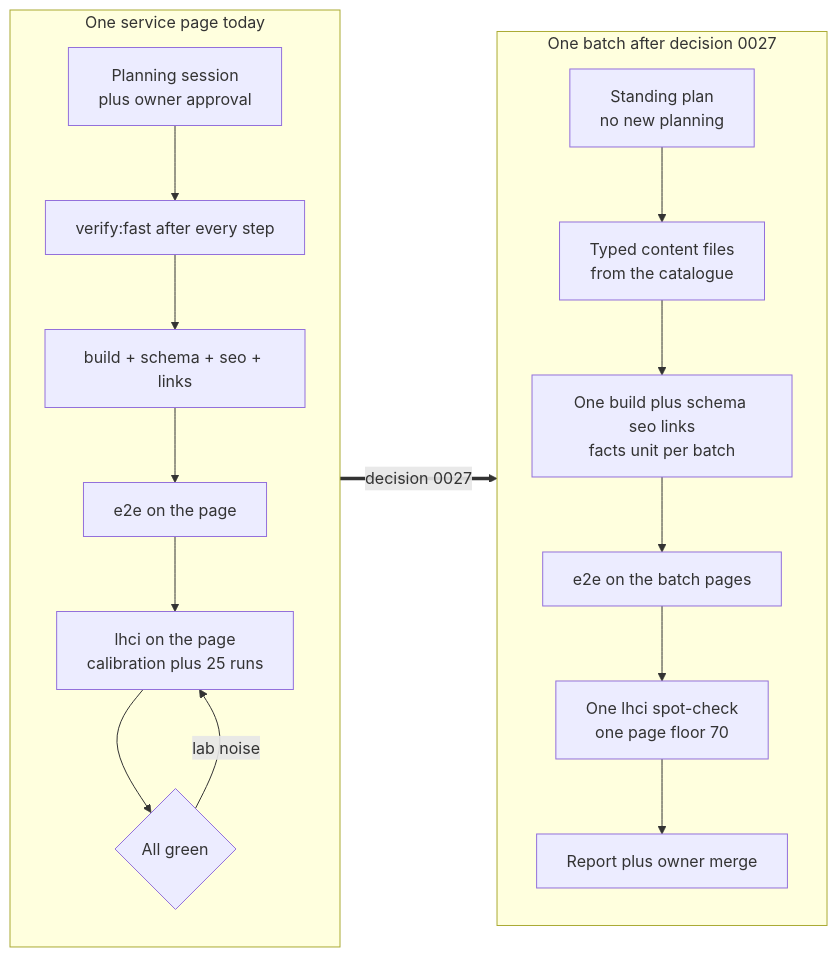
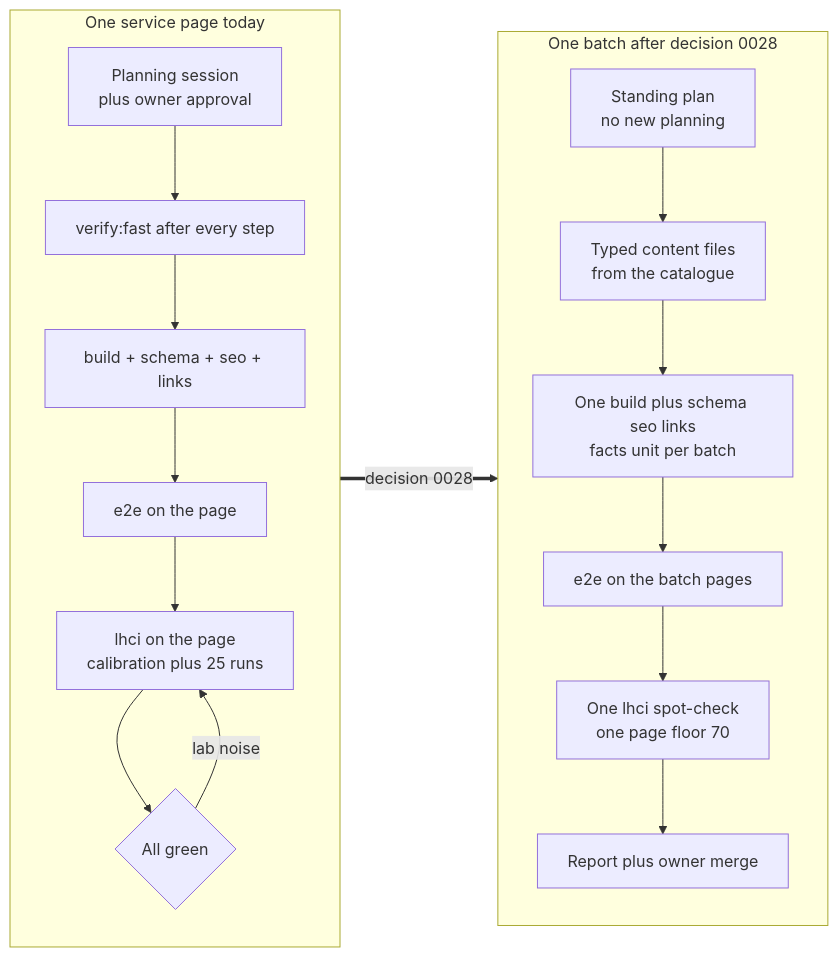
Before and after one commit to deepzetaoffice-cloud/dzeta_project: the diagram in docs/plans/2026-10-08-standard-tier-and-light-verification.md, drawn with Mermaid. The commit also changed other lines of this file and 12 other files, not shown here.

````diff
--- a/docs/plans/2026-10-08-standard-tier-and-light-verification.md
+++ b/docs/plans/2026-10-08-standard-tier-and-light-verification.md
@@ -32,19 +32,19 @@
 ```mermaid
 flowchart LR
     subgraph Today[One service page today]
         A1[Planning session<br>plus owner approval] --> A2[verify:fast after every step]
         A2 --> A3[build + schema + seo + links]
         A3 --> A4[e2e on the page]
         A4 --> A5[lhci on the page<br>calibration plus 25 runs]
         A5 --> A6{All green}
         A6 -- lab noise --> A5
     end
-    subgraph After[One batch after decision 0027]
+    subgraph After[One batch after decision 0028]
         B1[Standing plan<br>no new planning] --> B2[Typed content files<br>from the catalogue]
         B2 --> B3[One build plus schema seo links<br>facts unit per batch]
         B3 --> B4[e2e on the batch pages]
         B4 --> B5[One lhci spot-check<br>one page floor 70]
         B5 --> B6[Report plus owner merge]
     end
-    Today ==>|decision 0027| After
+    Today ==>|decision 0028| After
 ```
````
